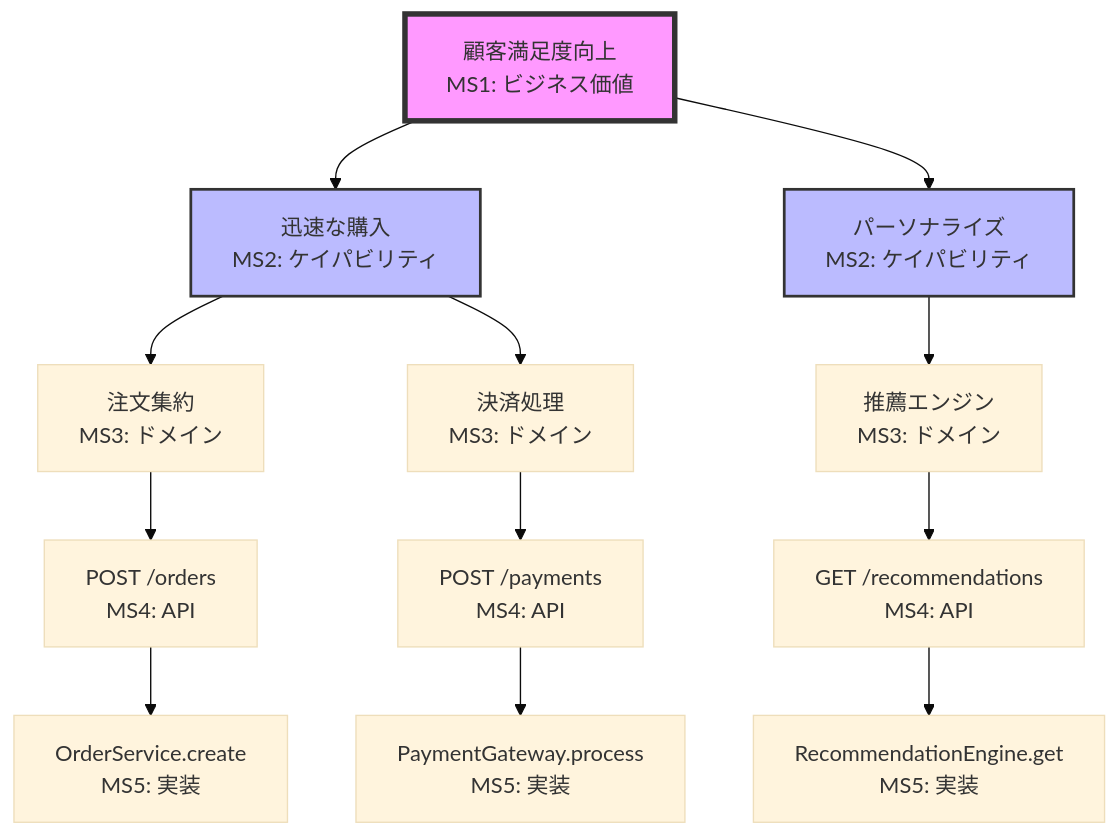
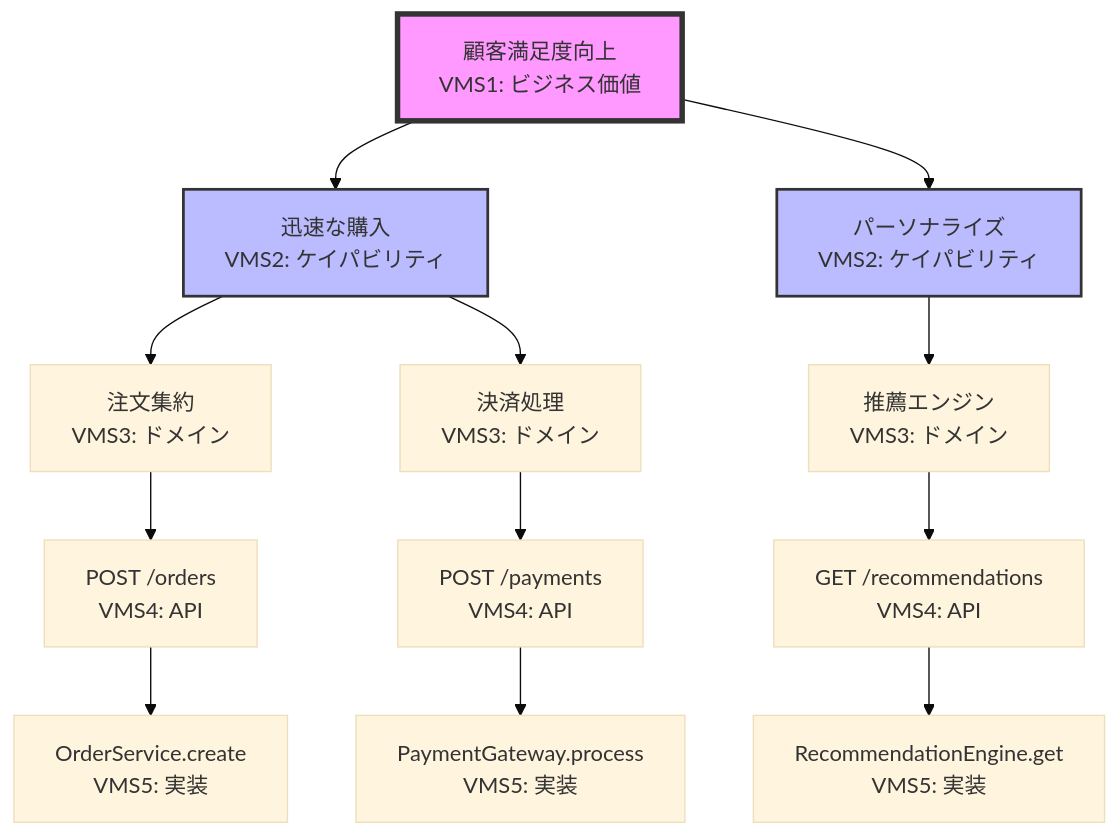
Before and after one commit to hmoriya/amplifier-experiment: the diagram in parasol/_commands-v5/milestone-management/value-inheritance.md, drawn with Mermaid (base theme). The commit also changed other lines of this file and 42 other files, not shown here.

````diff
--- a/parasol/_commands-v5/milestone-management/value-inheritance.md
+++ b/parasol/_commands-v5/milestone-management/value-inheritance.md
@@ -99,24 +118,24 @@
 ```mermaid
 graph TD
-    V1[顧客満足度向上<br/>MS1: ビジネス価値]
-    
-    V1 --> C1[迅速な購入<br/>MS2: ケイパビリティ]
-    V1 --> C2[パーソナライズ<br/>MS2: ケイパビリティ]
-    
-    C1 --> D1[注文集約<br/>MS3: ドメイン]
-    C1 --> D2[決済処理<br/>MS3: ドメイン]
-    
-    C2 --> D3[推薦エンジン<br/>MS3: ドメイン]
-    
-    D1 --> A1[POST /orders<br/>MS4: API]
-    D2 --> A2[POST /payments<br/>MS4: API]
-    D3 --> A3[GET /recommendations<br/>MS4: API]
-    
-    A1 --> I1[OrderService.create<br/>MS5: 実装]
-    A2 --> I2[PaymentGateway.process<br/>MS5: 実装]
-    A3 --> I3[RecommendationEngine.get<br/>MS5: 実装]
+    V1[顧客満足度向上<br/>VMS1: ビジネス価値]
+
+    V1 --> C1[迅速な購入<br/>VMS2: ケイパビリティ]
+    V1 --> C2[パーソナライズ<br/>VMS2: ケイパビリティ]
+
+    C1 --> D1[注文集約<br/>VMS3: ドメイン]
+    C1 --> D2[決済処理<br/>VMS3: ドメイン]
+
+    C2 --> D3[推薦エンジン<br/>VMS3: ドメイン]
+
+    D1 --> A1[POST /orders<br/>VMS4: API]
+    D2 --> A2[POST /payments<br/>VMS4: API]
+    D3 --> A3[GET /recommendations<br/>VMS4: API]
+
+    A1 --> I1[OrderService.create<br/>VMS5: 実装]
+    A2 --> I2[PaymentGateway.process<br/>VMS5: 実装]
+    A3 --> I3[RecommendationEngine.get<br/>VMS5: 実装]
     
     style V1 fill:#f9f,stroke:#333,stroke-width:4px
     style C1 fill:#bbf,stroke:#333,stroke-width:2px
     style C2 fill:#bbf,stroke:#333,stroke-width:2px
 ```
````
